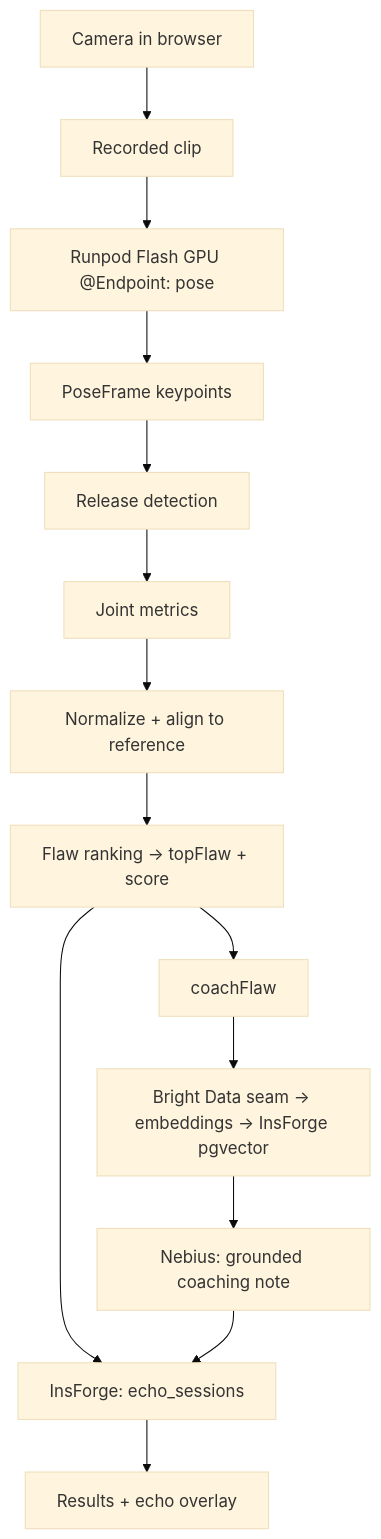
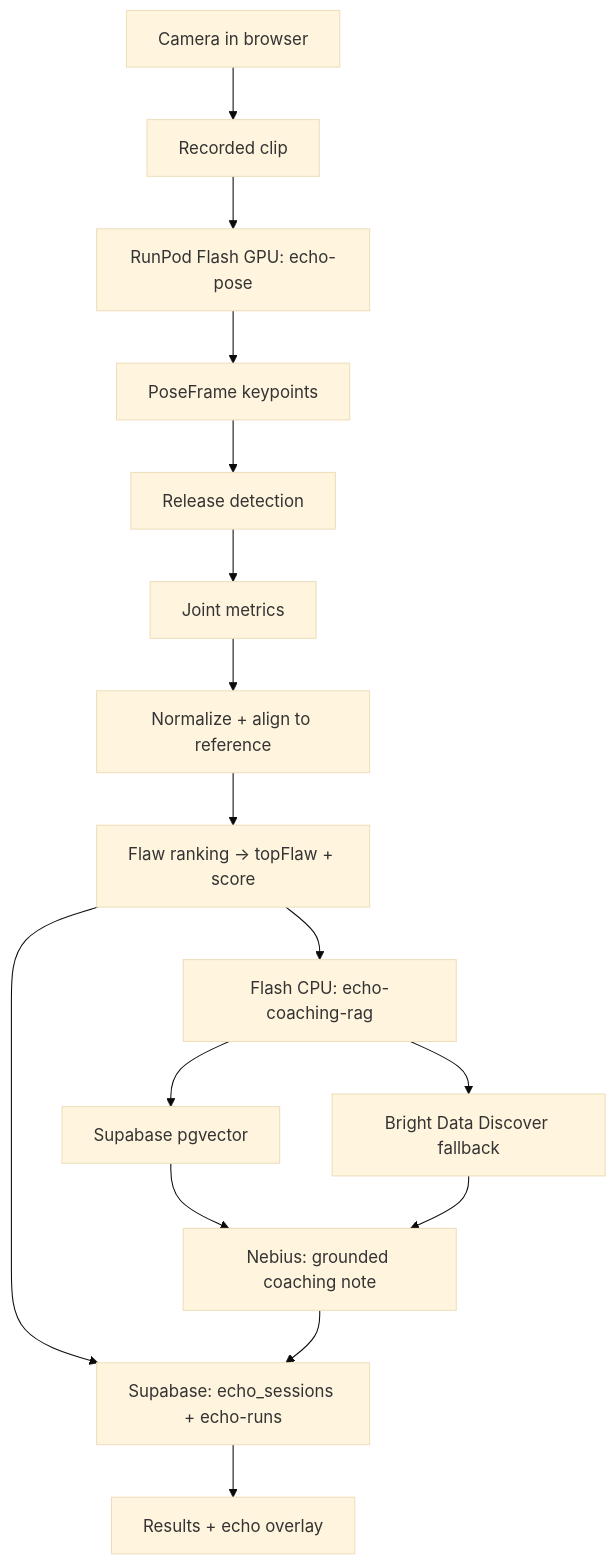
Before and after one commit to Ranj04/HackDay-Runpod: the diagram in docs/ARCHITECTURE.md, drawn with Mermaid (base theme). The commit also changed other lines of this file and 2 other files, not shown here.

````diff
--- a/docs/ARCHITECTURE.md
+++ b/docs/ARCHITECTURE.md
@@ -48,16 +95,18 @@
 ```mermaid
 flowchart TD
     cam[Camera in browser] --> clip[Recorded clip]
-    clip --> flash[Runpod Flash GPU @Endpoint: pose]
+    clip --> flash[RunPod Flash GPU: echo-pose]
     flash --> kp[PoseFrame keypoints]
     kp --> rel[Release detection]
     rel --> met[Joint metrics]
     met --> align[Normalize + align to reference]
-    align --> flaw[Flaw ranking -> topFlaw + score]
-    flaw --> coach[coachFlaw]
-    coach --> seam[Bright Data seam -> embeddings -> InsForge pgvector]
-    seam --> gen[Nebius: grounded coaching note]
-    flaw --> persist[InsForge: echo_sessions]
+    align --> flaw[Flaw ranking → topFlaw + score]
+    flaw --> rag[Flash CPU: echo-coaching-rag]
+    rag --> pg[Supabase pgvector]
+    rag --> bd[Bright Data Discover fallback]
+    pg --> gen[Nebius: grounded coaching note]
+    bd --> gen
+    flaw --> persist[Supabase: echo_sessions + echo-runs]
     gen --> persist
     persist --> results[Results + echo overlay]
 ```
````
